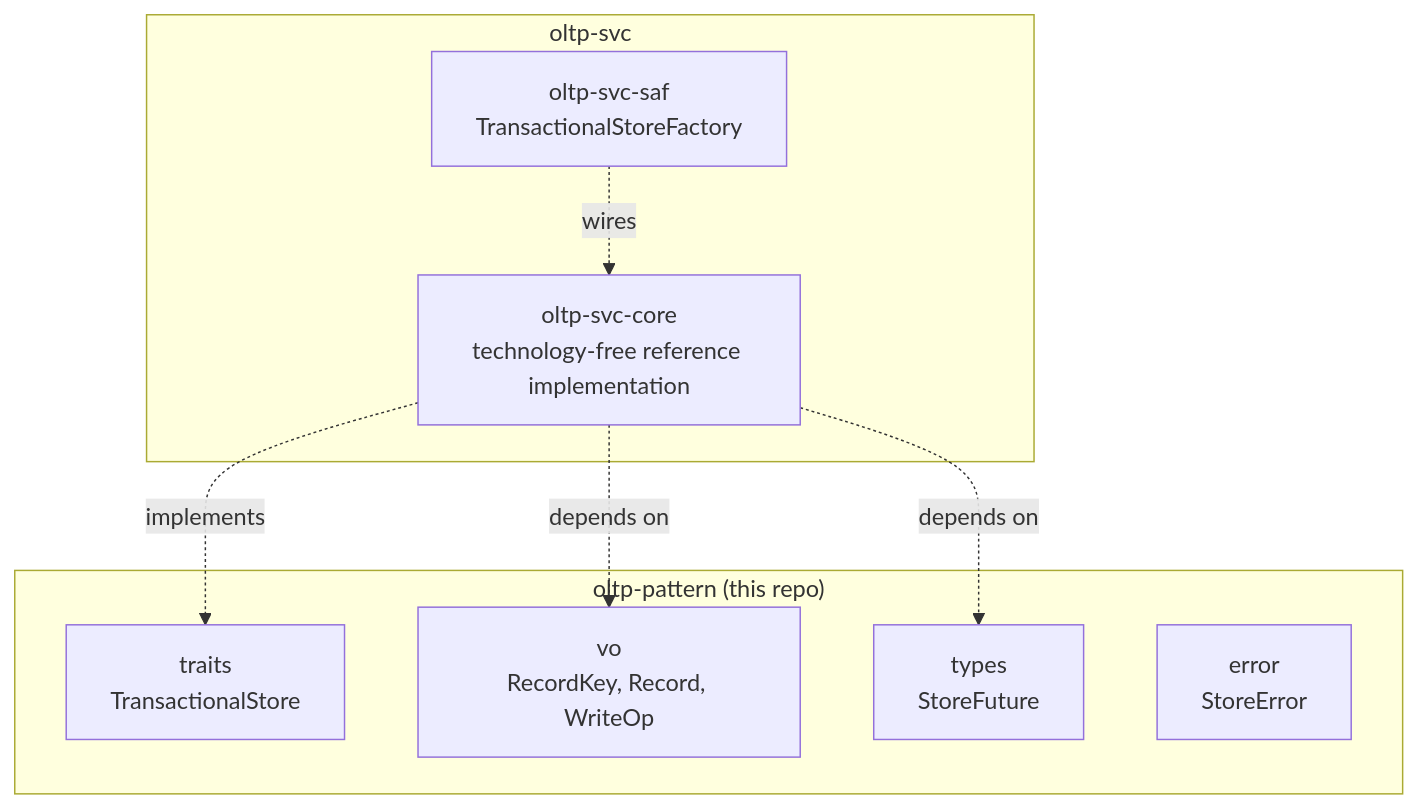
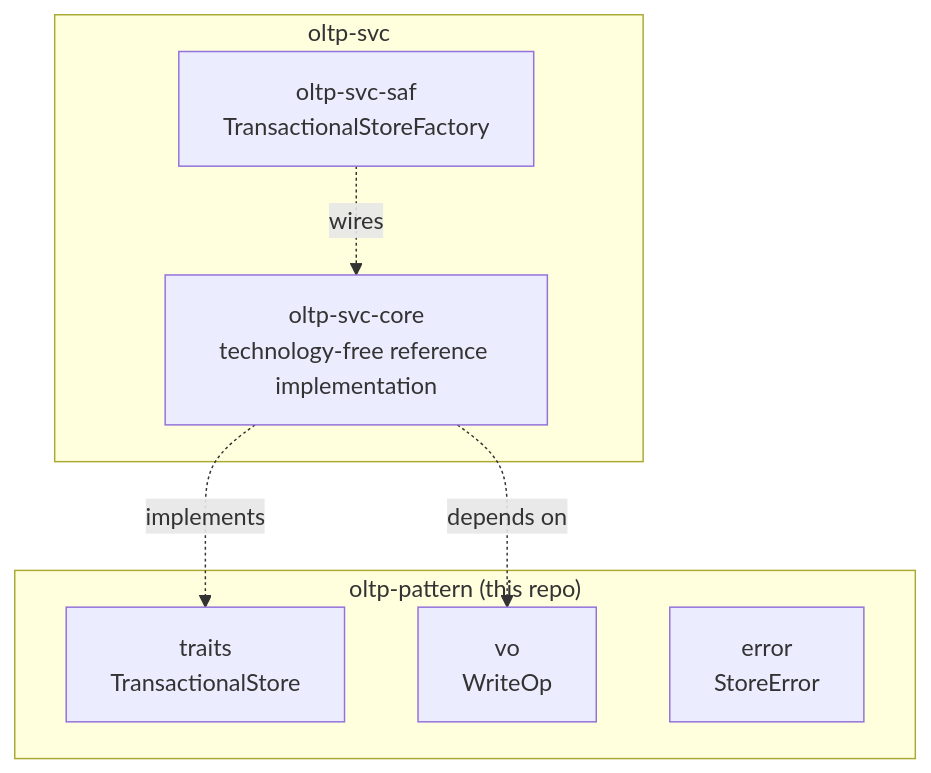
The diagram in docs/3-design/architecture.md (sweengineeringlabs/oltp-pattern), drawn with Mermaid before and after one commit. The commit also changed other lines of this file and 18 other files, not shown here.

````diff
--- a/docs/3-design/architecture.md
+++ b/docs/3-design/architecture.md
@@ -26,19 +26,17 @@
 ```mermaid
 flowchart TD
     subgraph pattern["oltp-pattern (this repo)"]
         traits["traits<br/>TransactionalStore"]
-        vo["vo<br/>RecordKey, Record, WriteOp"]
-        types["types<br/>StoreFuture"]
+        vo["vo<br/>WriteOp"]
         error["error<br/>StoreError"]
     end
 
     subgraph svc["oltp-svc"]
         core["oltp-svc-core<br/>technology-free reference implementation"]
         saf["oltp-svc-saf<br/>TransactionalStoreFactory"]
     end
 
     core -.->|implements| traits
     core -.->|depends on| vo
-    core -.->|depends on| types
     saf -.->|wires| core
 ```
````
